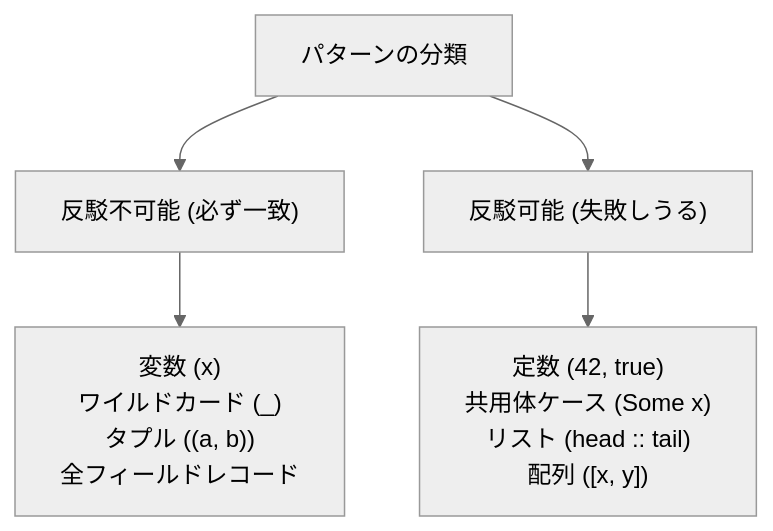
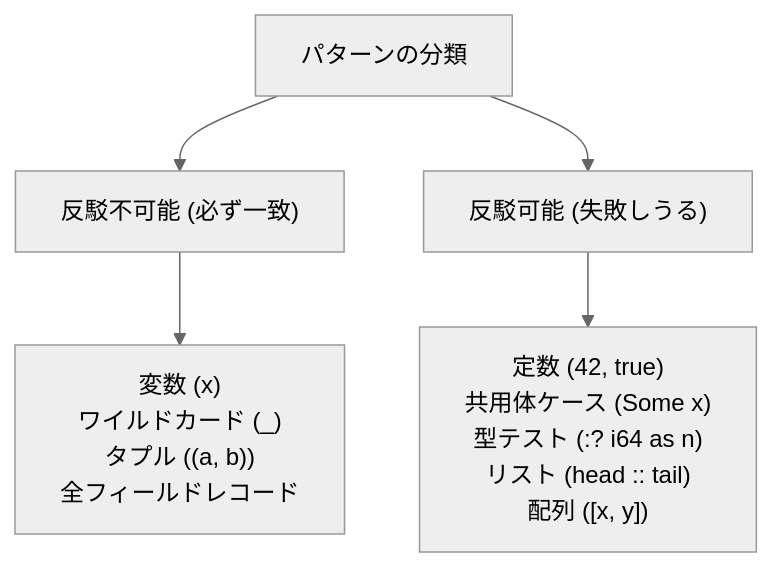
The diagram in _tsuzuri/language-reference/pattern-matching/pattern-matching.md (tatsuya-midorikawa/Tsuzuri), drawn with Mermaid (neutral theme) before and after one commit. The commit also changed other lines of this file and 14 other files, not shown here.

Commit message:
A24: document anonymous unions: the new reference page, patterns, types, inference, diagnostics, debugging, find and api-diff, language.md, architecture.md, README and GUIDE (step 13) [skip ci]

````diff
--- a/_tsuzuri/language-reference/pattern-matching/pattern-matching.md
+++ b/_tsuzuri/language-reference/pattern-matching/pattern-matching.md
@@ -34,8 +35,8 @@
 ```mermaid
 flowchart TD
     Pattern["パターンの分類"]
     Pattern --> Irrefutable["反駁不可能 (必ず一致)"]
     Pattern --> Refutable["反駁可能 (失敗しうる)"]
     Irrefutable --> IrrefExamples["変数 (x)<br/>ワイルドカード (_)<br/>タプル ((a, b))<br/>全フィールドレコード"]
-    Refutable --> RefExamples["定数 (42, true)<br/>共用体ケース (Some x)<br/>リスト (head :: tail)<br/>配列 ([x, y])"]
+    Refutable --> RefExamples["定数 (42, true)<br/>共用体ケース (Some x)<br/>型テスト (:? i64 as n)<br/>リスト (head :: tail)<br/>配列 ([x, y])"]
 ```
````
